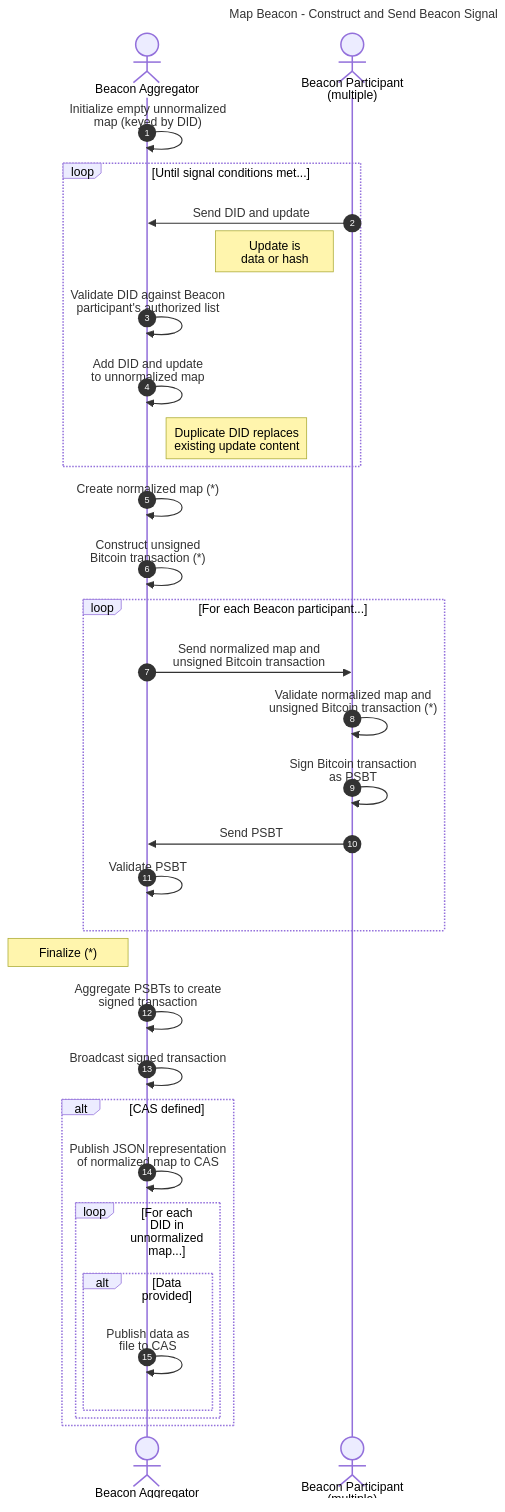
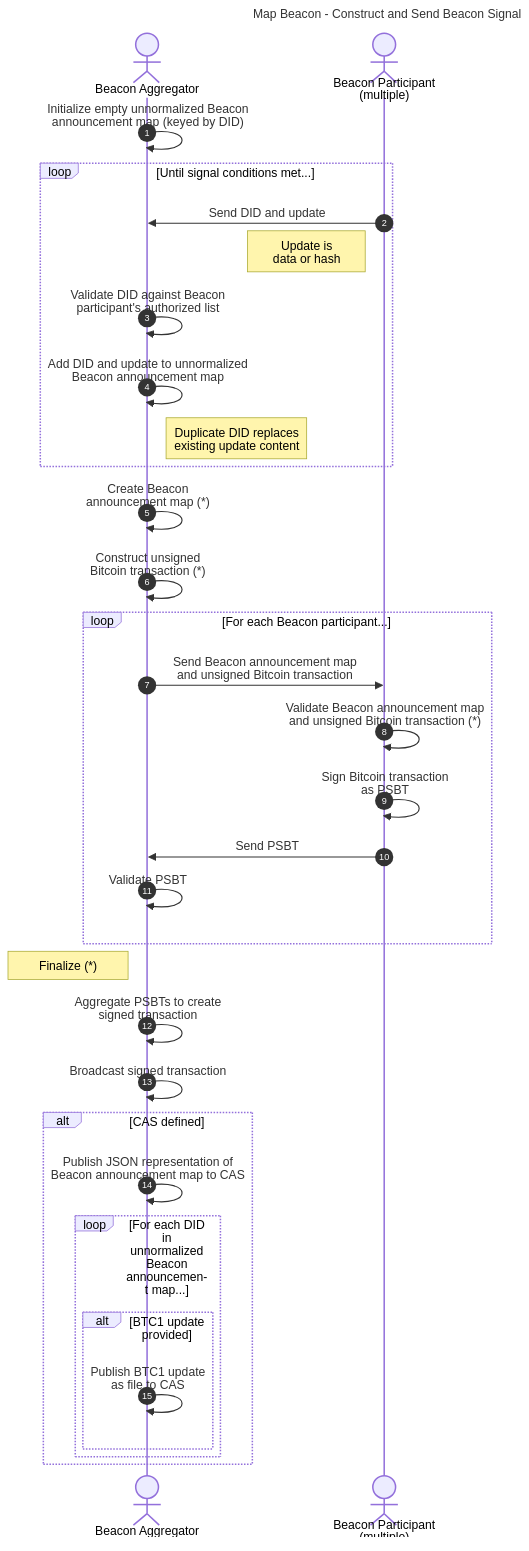
One commit to dcdpr/did-btc1 changed the second of 4 diagrams in chapters/Beacons.md. Above: the diagram before and after it, drawn with Mermaid. The commit also changed other lines of this file, not shown here.

Commit message:
Replaced "normalized map" with "Beacon announcement map" and "unnormalized map" with "unnormalize Beacon announcement map" per #185.

````diff
--- a/chapters/Beacons.md
+++ b/chapters/Beacons.md
@@ -158,44 +158,44 @@
 ```mermaid
 sequenceDiagram
     autonumber
     title Map Beacon - Construct and Send Beacon Signal
 
     actor A as Beacon Aggregator
     actor R as Beacon Participant<br/>(multiple)
 
-    A ->> A: Initialize empty unnormalized<br/>map (keyed by DID)
+    A ->> A: Initialize empty unnormalized Beacon<br/>announcement map (keyed by DID)
 
     loop Until signal conditions met...
         R ->> A: Send DID and update
         note left of R: Update is<br/>data or hash
         A ->> A: Validate DID against Beacon<br/>participant's authorized list
-        A ->> A: Add DID and update<br/>to unnormalized map
+        A ->> A: Add DID and update to unnormalized<br/>Beacon announcement map
         note right of A: Duplicate DID replaces<br/>existing update content
     end
 
-    A ->> A: Create normalized map (*)
+    A ->> A: Create Beacon<br/>announcement map (*)
     A ->> A: Construct unsigned<br/>Bitcoin transaction (*)
 
     loop For each Beacon participant...
-        A ->> R: Send normalized map and<br/>unsigned Bitcoin transaction
-        R ->> R: Validate normalized map and<br/>unsigned Bitcoin transaction (*)
+        A ->> R: Send Beacon announcement map<br/>and unsigned Bitcoin transaction
+        R ->> R: Validate Beacon announcement map<br/>and unsigned Bitcoin transaction (*)
         R ->> R: Sign Bitcoin transaction<br/>as PSBT
         R ->> A: Send PSBT
         A ->> A: Validate PSBT
     end
     
     note left of A: Finalize (*)
 
     A ->> A: Aggregate PSBTs to create<br/>signed transaction
     A ->> A: Broadcast signed transaction
 
     alt CAS defined
-        A ->> A: Publish JSON representation<br/>of normalized map to CAS
+        A ->> A: Publish JSON representation of<br/>Beacon announcement map to CAS
 
-        loop For each DID in unnormalized map...
-            alt Data provided
-                A ->> A: Publish data as<br/>file to CAS
+        loop For each DID in unnormalized Beacon announcement map...
+            alt BTC1 update provided
+                A ->> A: Publish BTC1 update<br/>as file to CAS
             end
         end
     end
 ```
````
